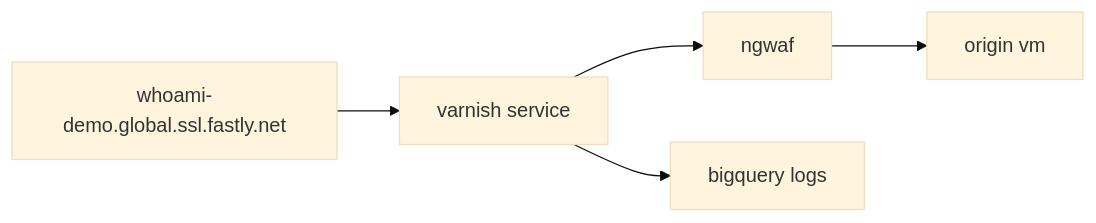
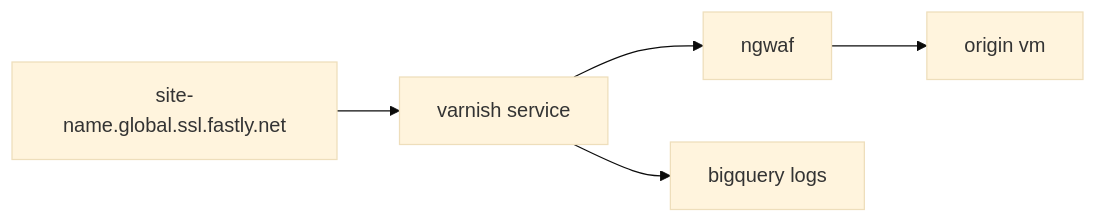
The second of 4 diagrams in README.md (jbartus/fastly-magento2-demo), drawn with Mermaid (base theme) before and after one commit. The commit also changed other lines of this file, not shown here.

Commit message:
not using whoami anymore

````diff
--- a/README.md
+++ b/README.md
@@ -23,7 +23,7 @@
 ```mermaid
 flowchart LR
-  site[whoami-demo.global.ssl.fastly.net] --> varnish[varnish service]
+  site[site-name.global.ssl.fastly.net] --> varnish[varnish service]
   varnish --> ngwaf
   ngwaf --> origin[origin vm]
   varnish --> bq[bigquery logs]
 ```
````
